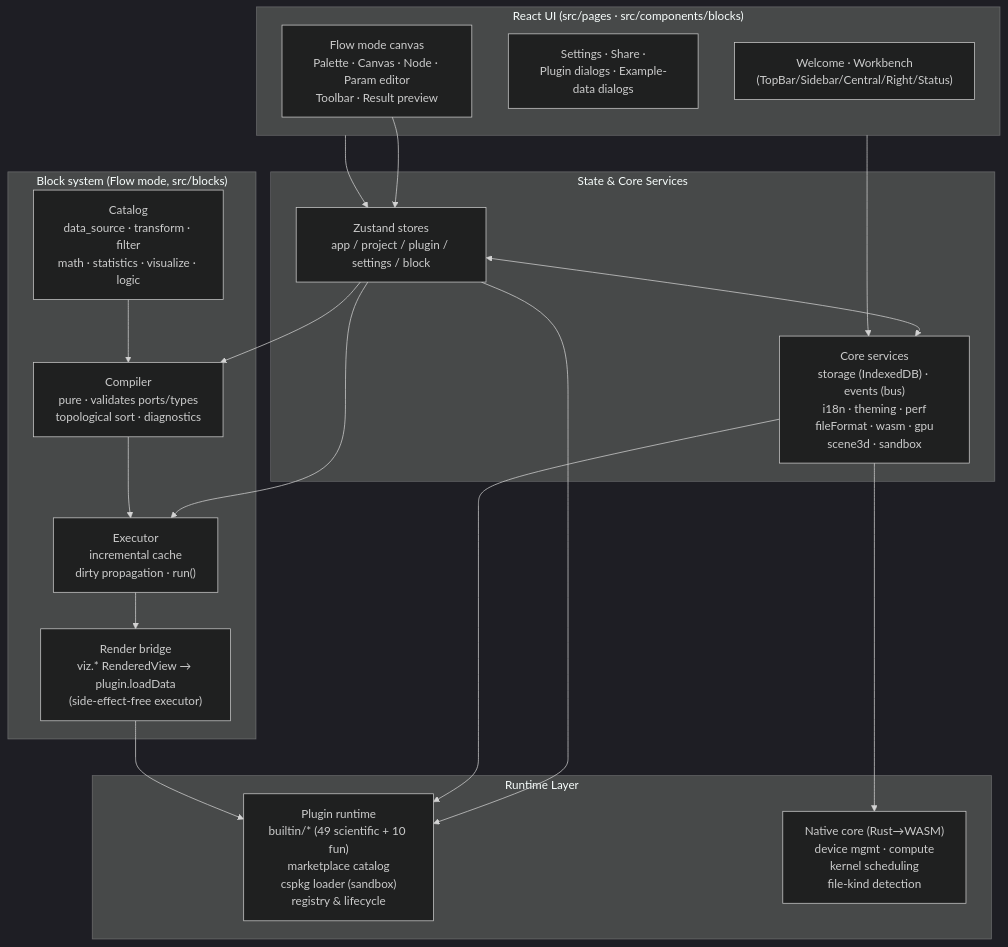
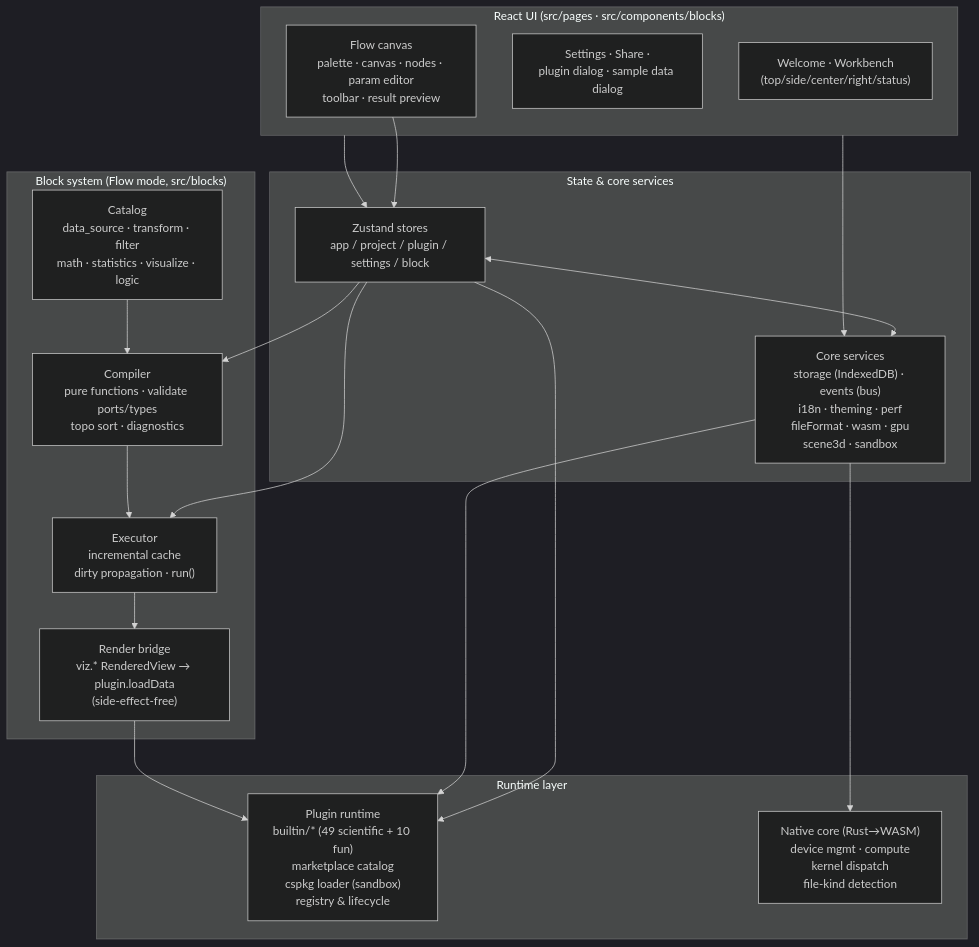
Before and after one commit to SnowLeopard-io/ErgalicsStudio: the diagram in README.md, drawn with Mermaid (dark theme). The commit also changed other lines of this file and 131 other files, not shown here.

First line of the commit message:
docs: 更新文档截图与添加 CFD 双向耦合复现指南

````diff
--- a/README.md
+++ b/README.md
@@ -376,39 +178,39 @@
 ```mermaid
 flowchart TB
     subgraph UI["React UI (src/pages · src/components/blocks)"]
-        A1["Welcome · Workbench<br/>(TopBar/Sidebar/Central/Right/Status)"]
-        A2["Settings · Share ·<br/>Plugin dialogs · Example-data dialogs"]
-        A3["Flow mode canvas<br/>Palette · Canvas · Node · Param editor<br/>Toolbar · Result preview"]
+        A1["Welcome · Workbench<br/>(top/side/center/right/status)"]
+        A2["Settings · Share ·<br/>plugin dialog · sample data dialog"]
+        A3["Flow canvas<br/>palette · canvas · nodes · param editor<br/>toolbar · result preview"]
     end
 
-    subgraph State["State & Core Services"]
+    subgraph State["State & core services"]
         B1["Zustand stores<br/>app / project / plugin / settings / block"]
         B2["Core services<br/>storage (IndexedDB) · events (bus)<br/>i18n · theming · perf<br/>fileFormat · wasm · gpu<br/>scene3d · sandbox"]
     end
 
     subgraph Blocks["Block system (Flow mode, src/blocks)"]
         D1["Catalog<br/>data_source · transform · filter<br/>math · statistics · visualize · logic"]
-        D2["Compiler<br/>pure · validates ports/types<br/>topological sort · diagnostics"]
+        D2["Compiler<br/>pure functions · validate ports/types<br/>topo sort · diagnostics"]
         D3["Executor<br/>incremental cache<br/>dirty propagation · run()"]
-        D4["Render bridge<br/>viz.* RenderedView → plugin.loadData<br/>(side-effect-free executor)"]
+        D4["Render bridge<br/>viz.* RenderedView → plugin.loadData<br/>(side-effect-free)"]
     end
 
-    subgraph Runtime["Runtime Layer"]
+    subgraph Runtime["Runtime layer"]
         C1["Plugin runtime<br/>builtin/* (49 scientific + 10 fun)<br/>marketplace catalog<br/>cspkg loader (sandbox)<br/>registry & lifecycle"]
-        C2["Native core (Rust→WASM)<br/>device mgmt · compute<br/>kernel scheduling<br/>file-kind detection"]
+        C2["Native core (Rust→WASM)<br/>device mgmt · compute<br/>kernel dispatch<br/>file-kind detection"]
     end
 
     UI --> B1
     UI --> B2
     B1 <--> B2
     B1 --> C1
     B2 --> C1
     B2 --> C2
     A3 --> B1
     B1 --> D2
     B1 --> D3
     D2 --> D3
     D1 --> D2
     D3 --> D4
     D4 --> C1
 ```
````
